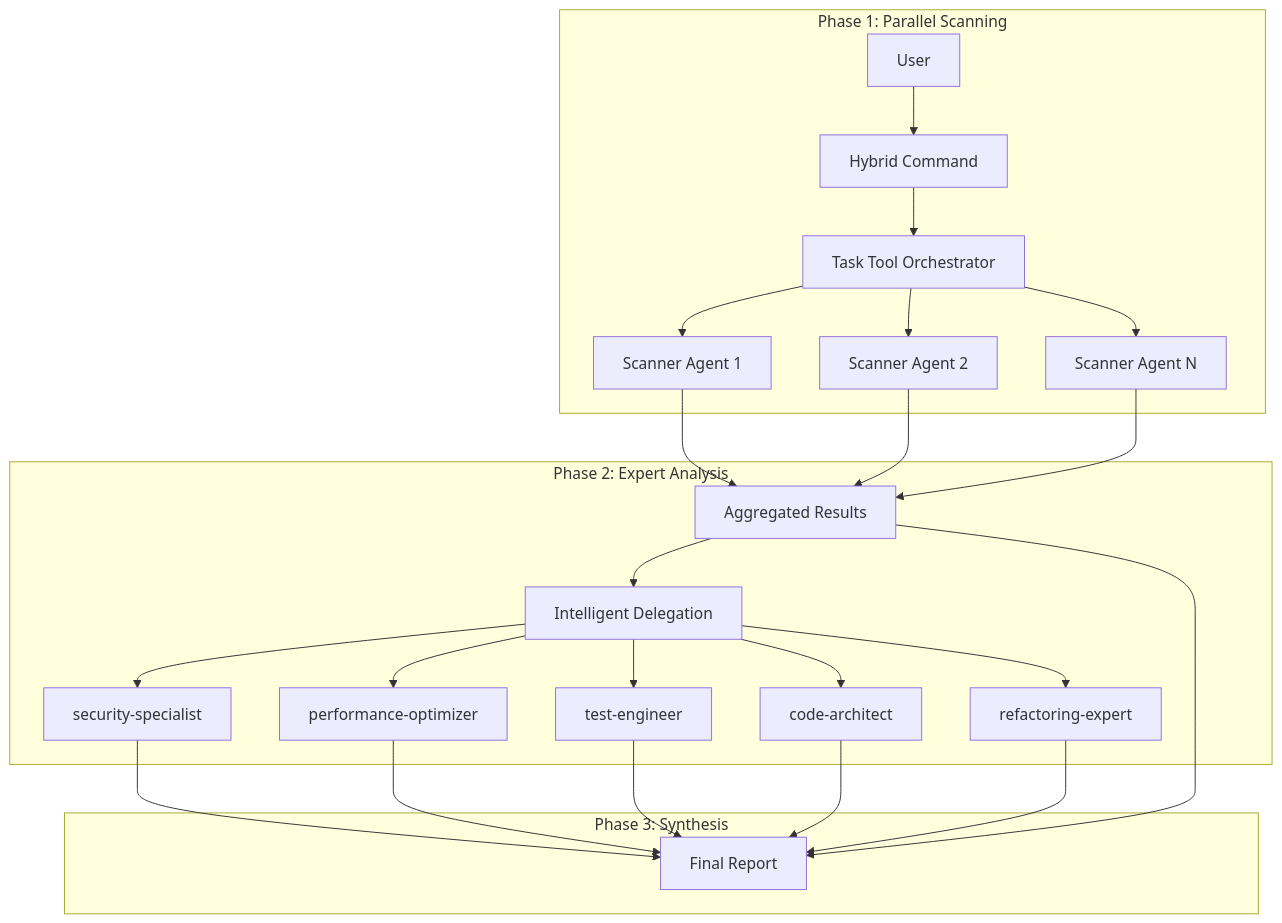
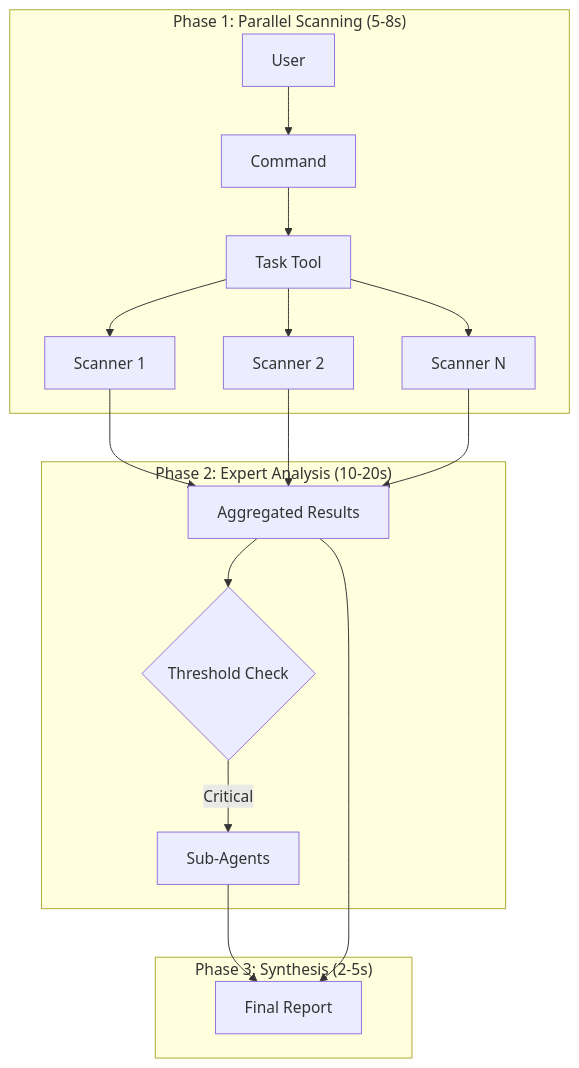
The diagram in docs/architecture/HYBRID-ARCHITECTURE.md (redpop/claude-code-toolkit), drawn with Mermaid before and after one commit. The commit also changed other lines of this file and 38 other files, not shown here.

````diff
--- a/docs/architecture/HYBRID-ARCHITECTURE.md
+++ b/docs/architecture/HYBRID-ARCHITECTURE.md
@@ -9,31 +9,21 @@
 ```mermaid
 graph TB
-    subgraph "Phase 1: Parallel Scanning"
-        User[User] --> HybridCmd[Hybrid Command]
-        HybridCmd --> TaskTool[Task Tool Orchestrator]
-        TaskTool --> Agent1[Scanner Agent 1]
-        TaskTool --> Agent2[Scanner Agent 2]
-        TaskTool --> AgentN[Scanner Agent N]
+    subgraph "Phase 1: Parallel Scanning (5-8s)"
+        User --> Command
+        Command --> TaskTool[Task Tool]
+        TaskTool --> S1[Scanner 1]
+        TaskTool --> S2[Scanner 2]
+        TaskTool --> SN[Scanner N]
     end
-
-    subgraph "Phase 2: Expert Analysis"
-        Agent1 --> Results[Aggregated Results]
-        Agent2 --> Results
-        AgentN --> Results
-        Results --> Delegation[Intelligent Delegation]
-        Delegation --> Security[security-specialist]
-        Delegation --> Perf[performance-optimizer]
-        Delegation --> Test[test-engineer]
-        Delegation --> Arch[code-architect]
-        Delegation --> Refactor[refactoring-expert]
+    
+    subgraph "Phase 2: Expert Analysis (10-20s)"
+        S1 & S2 & SN --> Results[Aggregated Results]
+        Results --> Delegate{Threshold Check}
+        Delegate -->|Critical| Expert[Sub-Agents]
     end
-
-    subgraph "Phase 3: Synthesis"
-        Security --> FinalReport[Final Report]
-        Perf --> FinalReport
-        Test --> FinalReport
-        Arch --> FinalReport
-        Refactor --> FinalReport
-        Results --> FinalReport
+    
+    subgraph "Phase 3: Synthesis (2-5s)"
+        Expert --> Report[Final Report]
+        Results --> Report
     end
 ```
````
